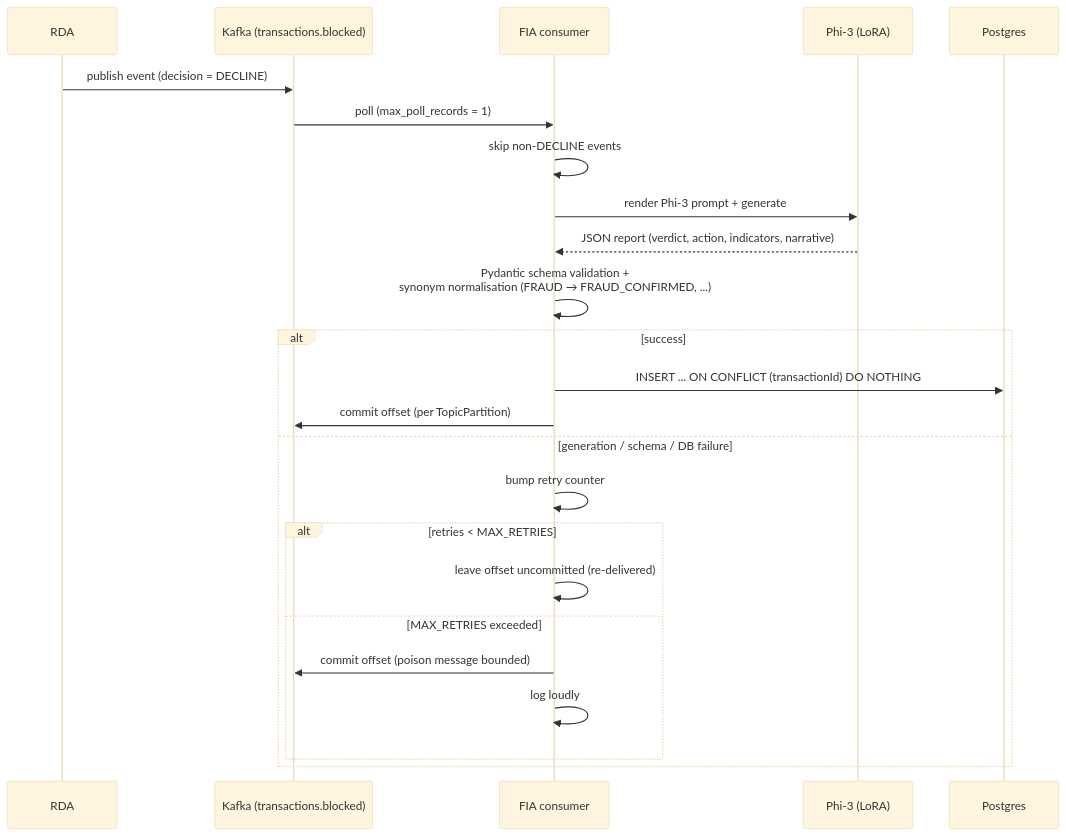
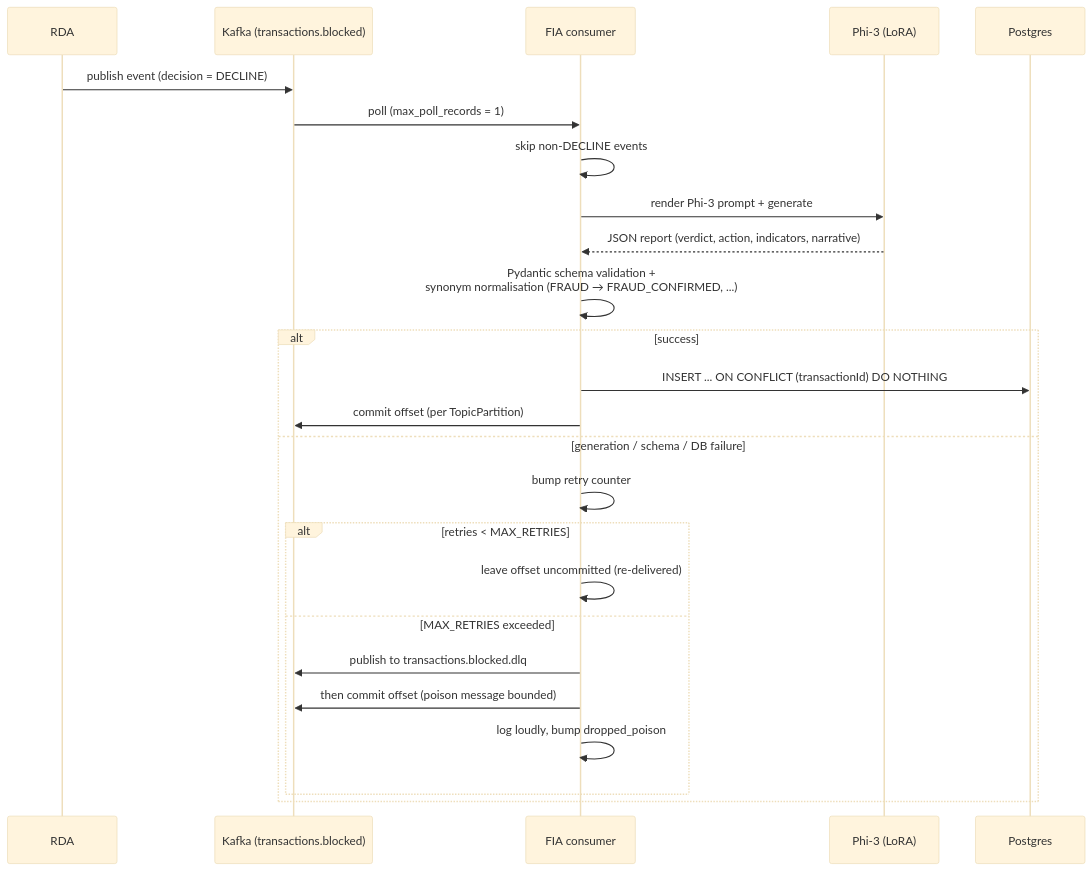
The fifth of 5 diagrams in docs/ARCHITECTURE.md (ojuri-io/ojuri), drawn with Mermaid (base theme) before and after one commit. The commit also changed other lines of this file, not shown here.

First line of the commit message:
docs: correct ARCHITECTURE.md against the code, and rewrite for readability

````diff
--- a/docs/ARCHITECTURE.md
+++ b/docs/ARCHITECTURE.md
@@ -494,27 +625,28 @@
 ```mermaid
 sequenceDiagram
     participant R as RDA
     participant K as Kafka (transactions.blocked)
     participant F as FIA consumer
     participant L as Phi-3 (LoRA)
     participant P as Postgres
 
     R->>K: publish event (decision = DECLINE)
     K->>F: poll (max_poll_records = 1)
     F->>F: skip non-DECLINE events
     F->>L: render Phi-3 prompt + generate
     L-->>F: JSON report (verdict, action, indicators, narrative)
     F->>F: Pydantic schema validation +<br/>synonym normalisation (FRAUD → FRAUD_CONFIRMED, ...)
     alt success
         F->>P: INSERT ... ON CONFLICT (transactionId) DO NOTHING
         F->>K: commit offset (per TopicPartition)
     else generation / schema / DB failure
         F->>F: bump retry counter
         alt retries < MAX_RETRIES
             F->>F: leave offset uncommitted (re-delivered)
         else MAX_RETRIES exceeded
-            F->>K: commit offset (poison message bounded)
-            F->>F: log loudly
+            F->>K: publish to transactions.blocked.dlq
+            F->>K: then commit offset (poison message bounded)
+            F->>F: log loudly, bump dropped_poison
         end
     end
 ```
````
